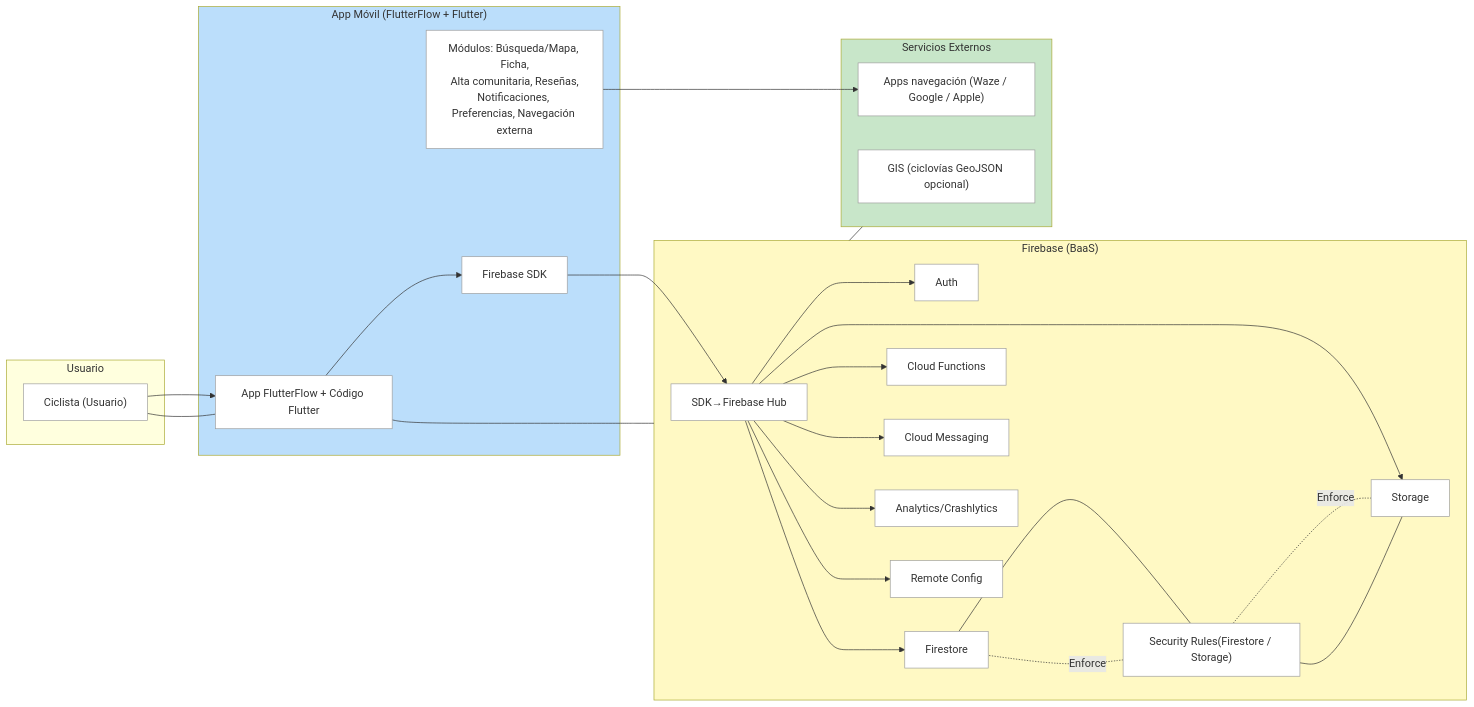
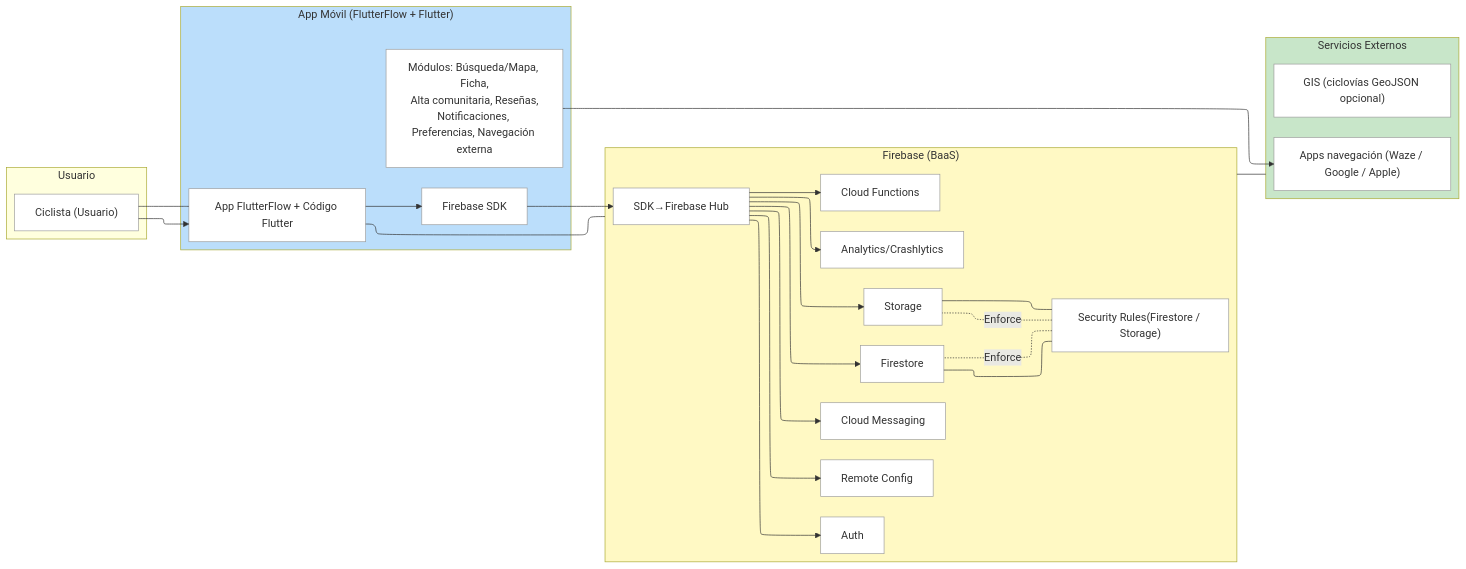
One commit to jfernandogt/BikeParking changed the diagram in diagrama_arquitectura.md. Above: the diagram before and after it, drawn with Mermaid.

Commit message:
feat: mejorar el layout

````diff
--- a/diagrama_arquitectura.md
+++ b/diagrama_arquitectura.md
@@ -3,60 +3,64 @@
 ```mermaid
+---
+config:
+  layout: elk
+---
 flowchart LR
  subgraph Usuario["Usuario"]
         U["Ciclista (Usuario)"]
   end
  subgraph App_Movil["App Móvil (FlutterFlow + Flutter)"]
         APP["App FlutterFlow + Código Flutter"]
         SDK["Firebase SDK"]
         MODS@{ label: "<span style=\"padding-left:\">Módulos: Búsqueda/Mapa, Ficha,<br></span><span style=\"padding-left:\">Alta comunitaria, Reseñas,<br></span><span style=\"padding-left:\">Notificaciones, Preferencias, Navegación externa</span>" }
   end
  subgraph Firebase["Firebase (BaaS)"]
         HUB["SDK→Firebase Hub"]
         AUTH["Auth"]
         FS["Firestore"]
         ST["Storage"]
         CF["Cloud Functions"]
         FCM["Cloud Messaging"]
         AN["Analytics/Crashlytics"]
         RC["Remote Config"]
         SECR["Security Rules(Firestore / Storage)"]
   end
  subgraph Externos["Servicios Externos"]
         NAV["Apps navegación (Waze / Google / Apple)"]
         GIS["GIS (ciclovías GeoJSON opcional)"]
   end
     U --> APP
     APP --> SDK
     SDK --> HUB
     HUB --> AUTH & FS & ST & CF & FCM & AN & RC
     SECR -. Enforce .- FS & ST
     MODS --> NAV
     U --- APP
     APP --- Firebase
     Firebase --- Externos
     FS --- SECR
     ST --- SECR
-
     MODS@{ shape: rect}
      U:::box
      APP:::box
      SDK:::box
      MODS:::box
      HUB:::box
      AUTH:::box
      FS:::box
      ST:::box
      CF:::box
      FCM:::box
      AN:::box
      RC:::box
      SECR:::box
      NAV:::box
      GIS:::box
     classDef grp fill:#f7fbff,stroke:#7aa6d8
     classDef grp2 fill:#fff8e1,stroke:#f4c95d
     classDef box fill:#ffffff,stroke:#9e9e9e
     style Firebase fill:#FFF9C4
     style Externos fill:#C8E6C9
     style App_Movil fill:#BBDEFB
+
 ```
````
